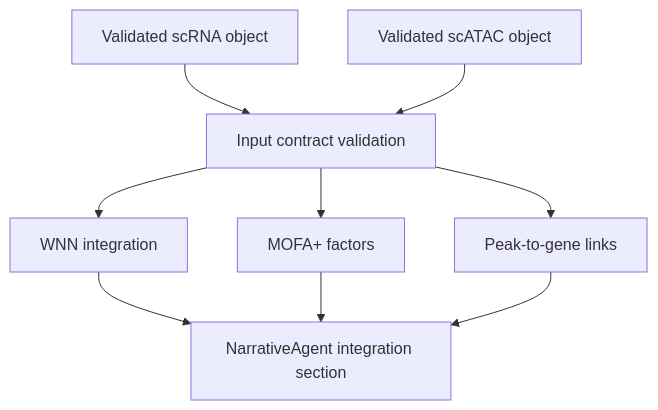
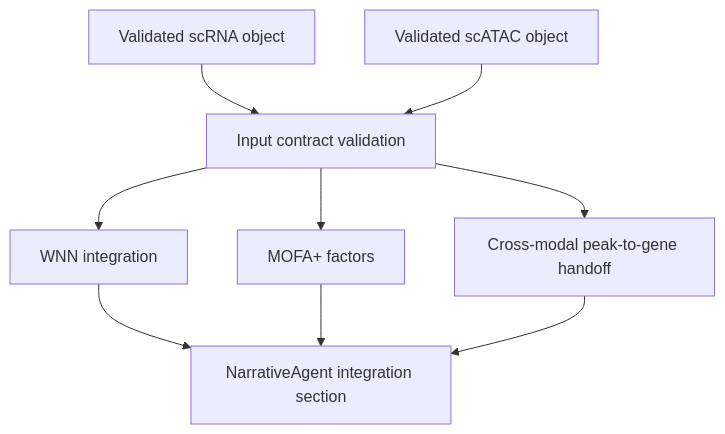
One commit to Olascoaga/aria-omics changed the diagram in docs/workflows/integration_roadmap.md. Above: the diagram before and after it, drawn with Mermaid. The commit also changed other lines of this file and 19 other files, not shown here.

````diff
--- a/docs/workflows/integration_roadmap.md
+++ b/docs/workflows/integration_roadmap.md
@@ -35,11 +37,11 @@
 ```mermaid
 flowchart TD
     RNA[Validated scRNA object] --> CHECK[Input contract validation]
     ATAC[Validated scATAC object] --> CHECK
     CHECK --> WNN[WNN integration]
     CHECK --> MOFA[MOFA+ factors]
-    CHECK --> P2G[Peak-to-gene links]
+    CHECK --> P2G[Cross-modal peak-to-gene handoff]
     WNN --> N[NarrativeAgent integration section]
     MOFA --> N
     P2G --> N
 ```
````
